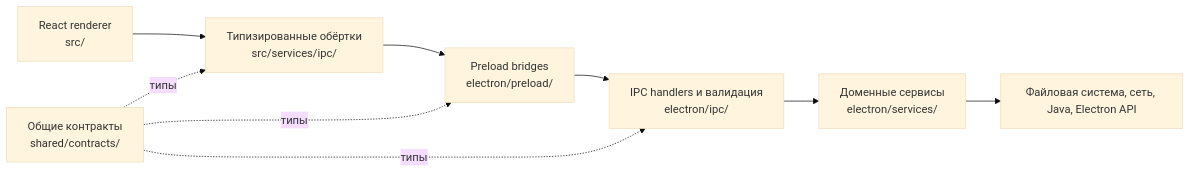
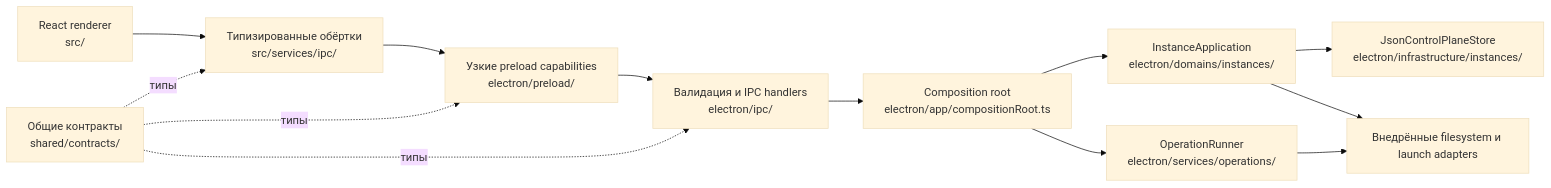
Before and after one commit to malyarq/fmcl: the diagram in docs/ru/architecture.md, drawn with Mermaid (base theme). The commit also changed other lines of this file and 294 other files, not shown here.

````diff
--- a/docs/ru/architecture.md
+++ b/docs/ru/architecture.md
@@ -5,11 +5,15 @@
 ```mermaid
 flowchart LR
   UI["React renderer\nsrc/"] --> W["Типизированные обёртки\nsrc/services/ipc/"]
-  W --> P["Preload bridges\nelectron/preload/"]
-  P --> I["IPC handlers и валидация\nelectron/ipc/"]
-  I --> S["Доменные сервисы\nelectron/services/"]
-  S --> OS["Файловая система, сеть, Java, Electron API"]
-  C["Общие контракты\nshared/contracts/"] -. типы .-> W
-  C -. типы .-> P
-  C -. типы .-> I
+  W --> P["Узкие preload capabilities\nelectron/preload/"]
+  P --> I["Валидация и IPC handlers\nelectron/ipc/"]
+  I --> C["Composition root\nelectron/app/compositionRoot.ts"]
+  C --> A["InstanceApplication\nelectron/domains/instances/"]
+  C --> O["OperationRunner\nelectron/services/operations/"]
+  A --> CP["JsonControlPlaneStore\nelectron/infrastructure/instances/"]
+  A --> AD["Внедрённые filesystem и launch adapters"]
+  O --> AD
+  SC["Общие контракты\nshared/contracts/"] -. типы .-> W
+  SC -. типы .-> P
+  SC -. типы .-> I
 ```
````
